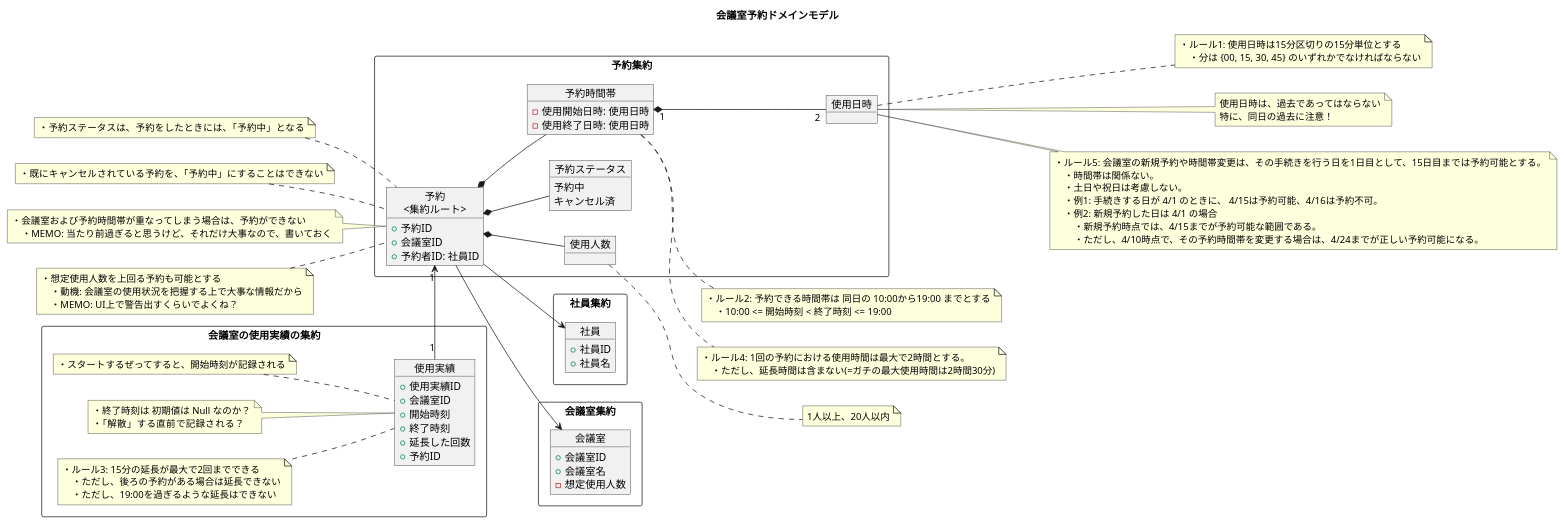
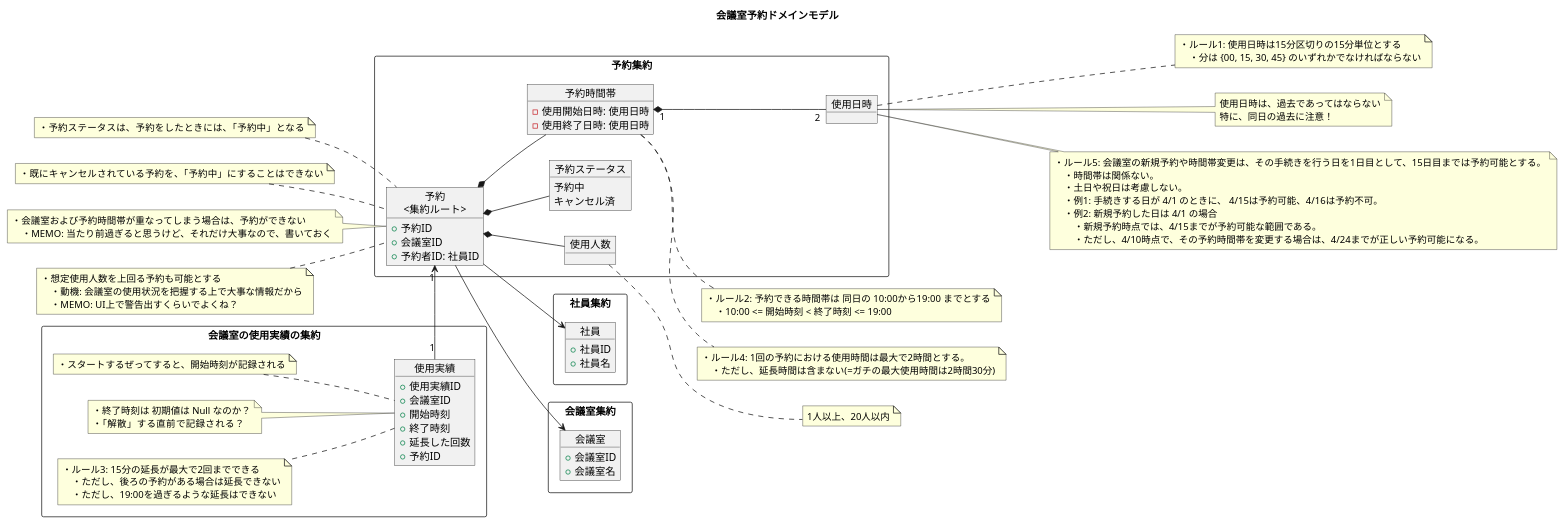
Before and after one commit to ModelingKai/meeting-room-python: the diagram in diagram/ドメインモデル.puml, drawn with PlantUML. The commit also changed 2 other files, not shown here.

```diff
--- a/diagram/ドメインモデル.puml
+++ b/diagram/ドメインモデル.puml
@@ -1,148 +1,147 @@
 @startuml
 
 title 会議室予約ドメインモデル
 
 left to right direction
 
 rectangle 社員集約 {
     object 社員 {
         + 社員ID
         + 社員名
     }
 }
 
 rectangle 予約集約 {
     object "予約\n<集約ルート>" as c1 {
         + 予約ID
         + 会議室ID
         + 予約者ID: 社員ID
     }
 
     object 予約ステータス {
         予約中
         キャンセル済
     }
 
     object 使用人数 {
     }
 
     object 予約時間帯 {
         - 使用開始日時: 使用日時
         - 使用終了日時: 使用日時
     }
 
 
     object 使用日時 {
     }
 }
 
 
 rectangle 会議室の使用実績の集約 {
     object "使用実績"  as c2{
         + 使用実績ID
         + 会議室ID
         + 開始時刻
         + 終了時刻
         + 延長した回数
 
         + 予約ID
     }
 
     note left of c2
     ・スタートするぜってすると、開始時刻が記録される
     end note
 
     note left of c2
     ・終了時刻は 初期値は Null なのか？
     ・「解散」する直前で記録される？
     end note
 
     note left of c2
     ・ルール3: 15分の延長が最大で2回までできる
         ・ただし、後ろの予約がある場合は延長できない
         ・ただし、19:00を過ぎるような延長はできない
     end note
 
     c2 "1" -right-> "1" c1
 
 }
 
 rectangle 会議室集約 {
     object 会議室 {
         + 会議室ID
         + 会議室名
-        - 想定使用人数
     }
 }
 
 
 c1 --> 会議室
 c1 --> 社員
 c1 *-- 使用人数
 c1 *-- 予約時間帯
 c1 *-- 予約ステータス
 予約時間帯 "1" *-- "2" 使用日時
 
 
 ' ===== 予約 =====
 note left of c1
 ・予約ステータスは、予約をしたときには、「予約中」となる
 end note
 
 note left of c1
 ・既にキャンセルされている予約を、「予約中」にすることはできない
 end note
 
 
 note left of c1
 ・会議室および予約時間帯が重なってしまう場合は、予約ができない
     ・MEMO: 当たり前過ぎると思うけど、それだけ大事なので、書いておく
 end note
 
 note left of c1
 ・想定使用人数を上回る予約も可能とする
     ・動機: 会議室の使用状況を把握する上で大事な情報だから
     ・MEMO: UI上で警告出すくらいでよくね？
 end note
 
 
 
 ' ===== 予約時間帯 =====
 note right of 予約時間帯
 ・ルール2: 予約できる時間帯は 同日の 10:00から19:00 までとする
     ・10:00 <= 開始時刻 < 終了時刻 <= 19:00
 end note
 
 
 note right of 予約時間帯
 ・ルール4: 1回の予約における使用時間は最大で2時間とする。
     ・ただし、延長時間は含まない(=ガチの最大使用時間は2時間30分)
 end note
 
 
 ' ===== 使用日時 =====
 note right of 使用日時
 ・ルール1: 使用日時は15分区切りの15分単位とする
     ・分は {00, 15, 30, 45} のいずれかでなければならない
 end note
 
 note right of 使用日時
 使用日時は、過去であってはならない
 特に、同日の過去に注意！
 end note
 
 note right of 使用日時
 ・ルール5: 会議室の新規予約や時間帯変更は、その手続きを行う日を1日目として、15日目までは予約可能とする。
     ・時間帯は関係ない。
     ・土日や祝日は考慮しない。
     ・例1: 手続きする日が 4/1 のときに、 4/15は予約可能、4/16は予約不可。
     ・例2: 新規予約した日は 4/1 の場合
         ・新規予約時点では、4/15までが予約可能な範囲である。
         ・ただし、4/10時点で、その予約時間帯を変更する場合は、4/24までが正しい予約可能になる。
 end note
 
 note right of 使用人数
 1人以上、20人以内
 end note
 
 @enduml
```
